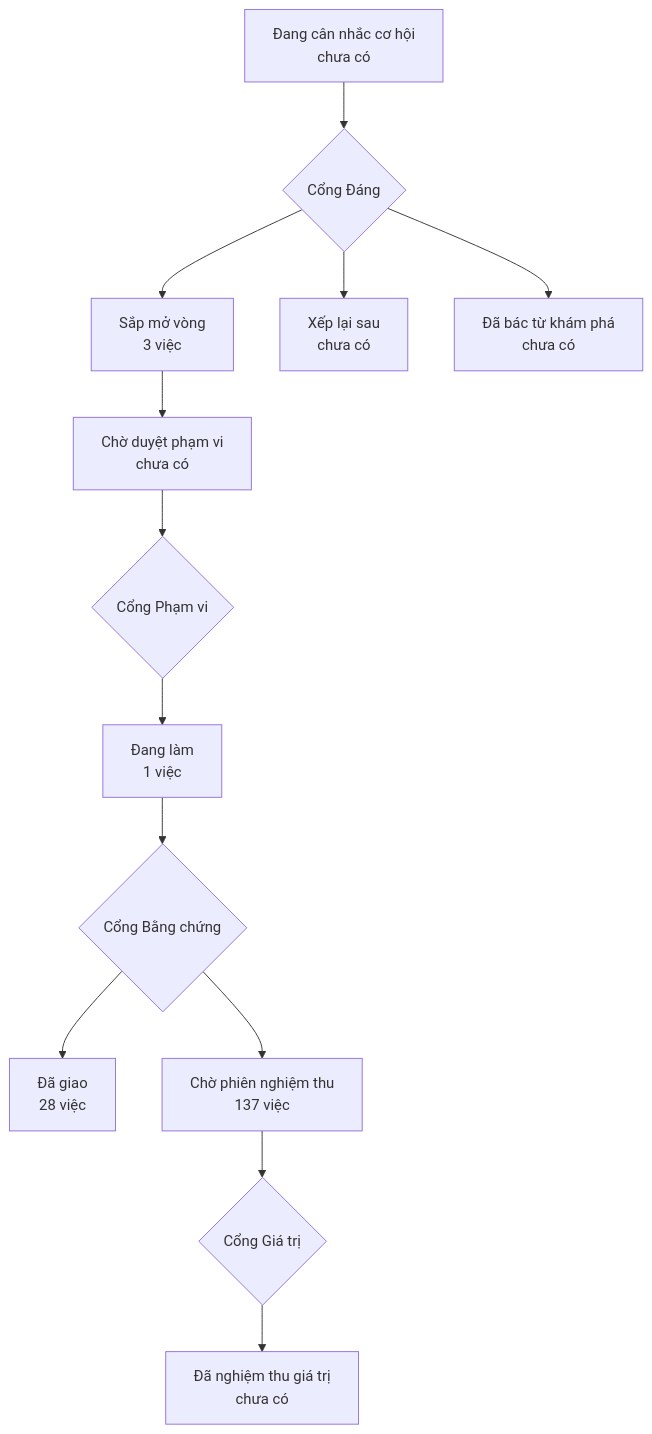
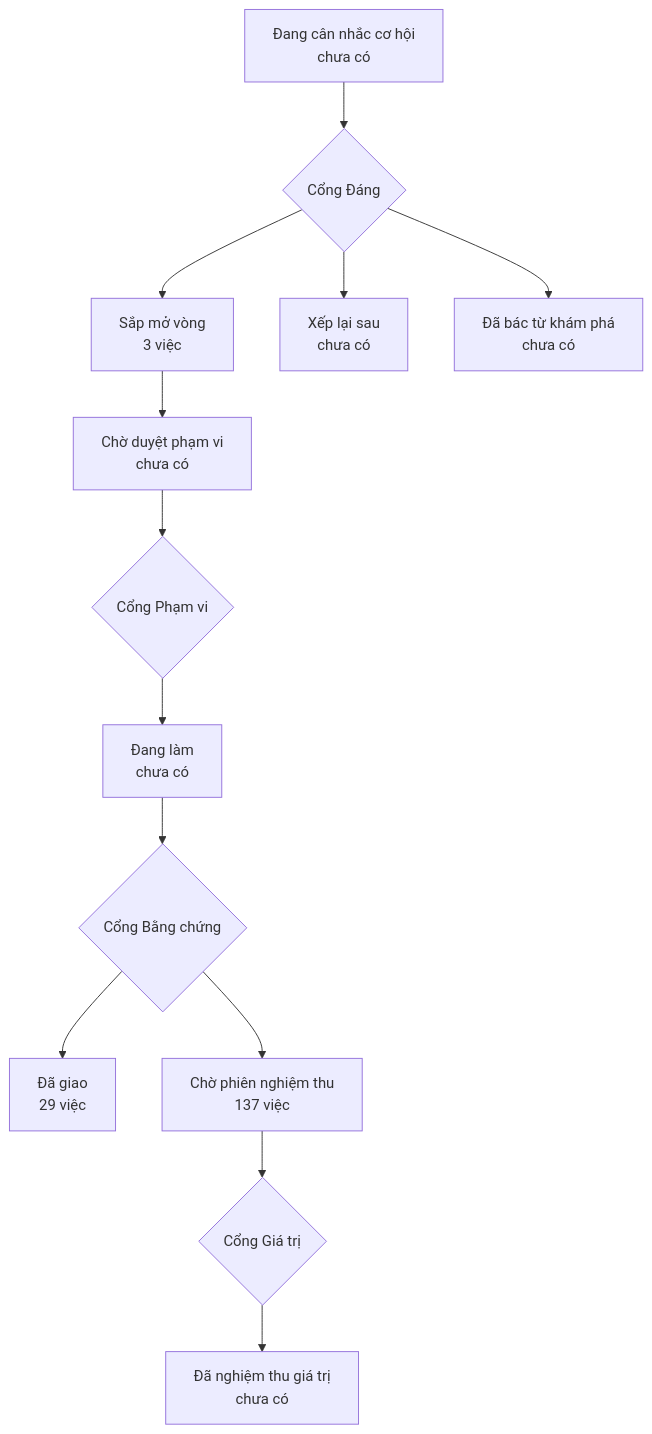
The diagram in PRODUCT-MAP.md (phanlemanh/onehub-quy-hang), drawn with Mermaid before and after one commit. The commit also changed other lines of this file and 4 other files, not shown here.

````diff
--- a/PRODUCT-MAP.md
+++ b/PRODUCT-MAP.md
@@ -7,12 +7,12 @@
 ```mermaid
 flowchart TD
   A["Đang cân nhắc cơ hội<br/>chưa có"] --> GD{"Cổng Đáng"}
   GD --> B["Sắp mở vòng<br/>3 việc"]
   GD --> XL["Xếp lại sau<br/>chưa có"]
   GD --> DB["Đã bác từ khám phá<br/>chưa có"]
   B --> CD["Chờ duyệt phạm vi<br/>chưa có"] --> GP{"Cổng Phạm vi"}
-  GP --> DL["Đang làm<br/>1 việc"] --> GB{"Cổng Bằng chứng"}
-  GB --> DG["Đã giao<br/>28 việc"]
+  GP --> DL["Đang làm<br/>chưa có"] --> GB{"Cổng Bằng chứng"}
+  GB --> DG["Đã giao<br/>29 việc"]
   GB --> CN["Chờ phiên nghiệm thu<br/>137 việc"] --> GG{"Cổng Giá trị"}
   GG --> NT["Đã nghiệm thu giá trị<br/>chưa có"]
 ```
````
